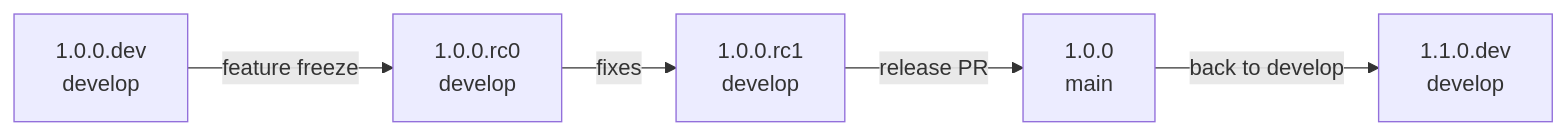
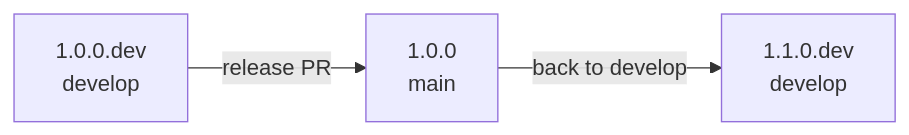
One commit to FedLearnNet/Documentation changed the diagram in docs/contribution-guide/release-workflow.md. Above: the diagram before and after it, drawn with Mermaid. The commit also changed other lines of this file and 1 other file, not shown here.

Commit message:
docs: update versioning details in development and release workflow documentation

````diff
--- a/docs/contribution-guide/release-workflow.md
+++ b/docs/contribution-guide/release-workflow.md
@@ -30,7 +29,5 @@
 ```mermaid
 flowchart LR
-  DEV["1.0.0.dev<br/>develop"] -->|feature freeze| RC0["1.0.0.rc0<br/>develop"]
-  RC0 -->|fixes| RC1["1.0.0.rc1<br/>develop"]
-  RC1 -->|release PR| REL["1.0.0<br/>main"]
+  DEV["1.0.0.dev<br/>develop"] -->|release PR| REL["1.0.0<br/>main"]
   REL -->|back to develop| NEXT["1.1.0.dev<br/>develop"]
 ```
````
